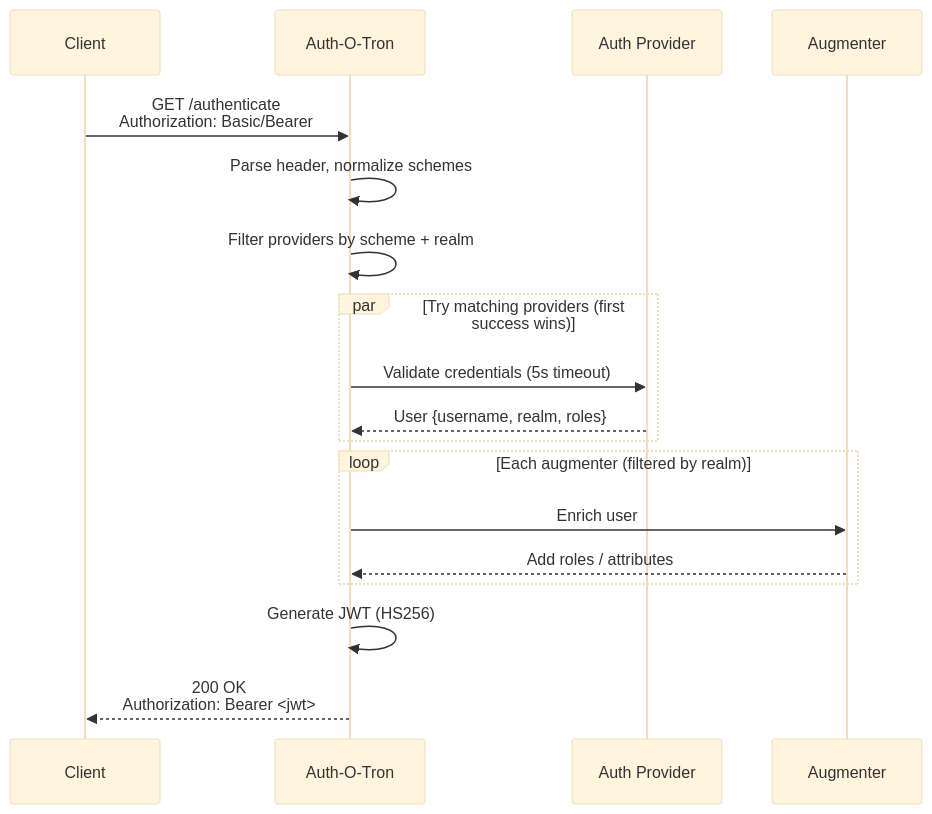
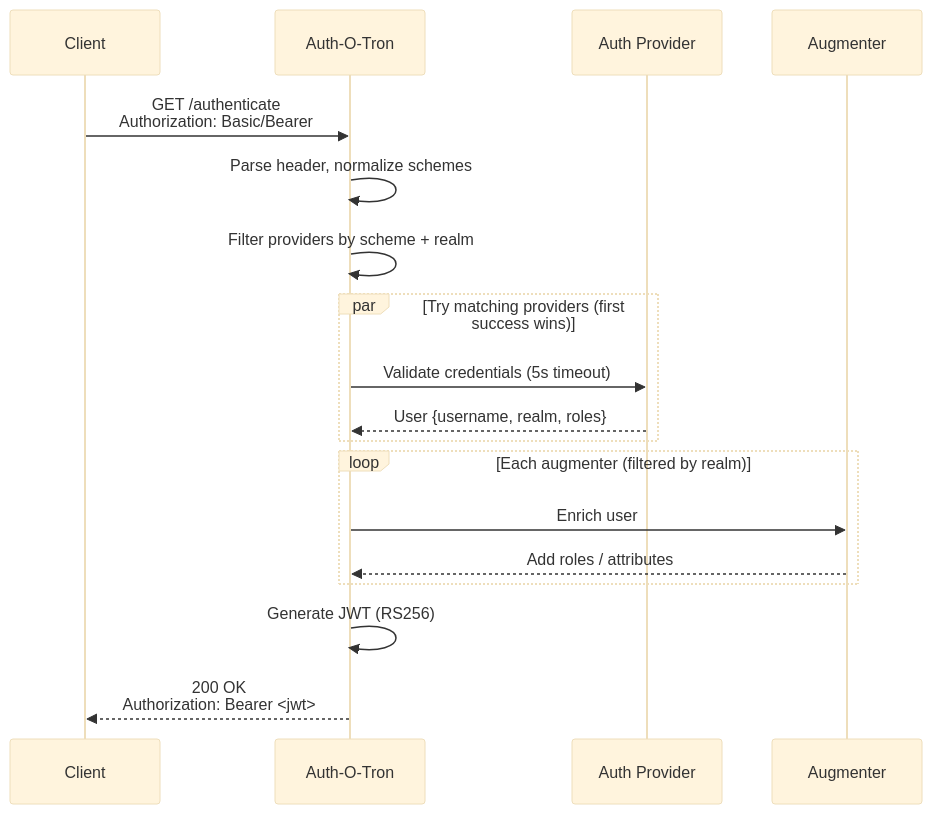
One commit to ecmwf/auth-o-tron changed the diagram in authotron/docs/src/concepts/how-it-works.md. Above: the diagram before and after it, drawn with Mermaid (base theme). The commit also changed other lines of this file and 27 other files, not shown here.

````diff
--- a/authotron/docs/src/concepts/how-it-works.md
+++ b/authotron/docs/src/concepts/how-it-works.md
@@ -9,24 +9,24 @@
 ```mermaid
 sequenceDiagram
     participant Client
     participant AOT as Auth-O-Tron
     participant Provider as Auth Provider
     participant Augmenter
 
     Client->>AOT: GET /authenticate<br/>Authorization: Basic/Bearer
     AOT->>AOT: Parse header, normalize schemes
     AOT->>AOT: Filter providers by scheme + realm
 
     par Try matching providers (first success wins)
         AOT->>Provider: Validate credentials (5s timeout)
         Provider-->>AOT: User {username, realm, roles}
     end
 
     loop Each augmenter (filtered by realm)
         AOT->>Augmenter: Enrich user
         Augmenter-->>AOT: Add roles / attributes
     end
 
-    AOT->>AOT: Generate JWT (HS256)
+    AOT->>AOT: Generate JWT (RS256)
     AOT-->>Client: 200 OK<br/>Authorization: Bearer <jwt>
 ```
````
